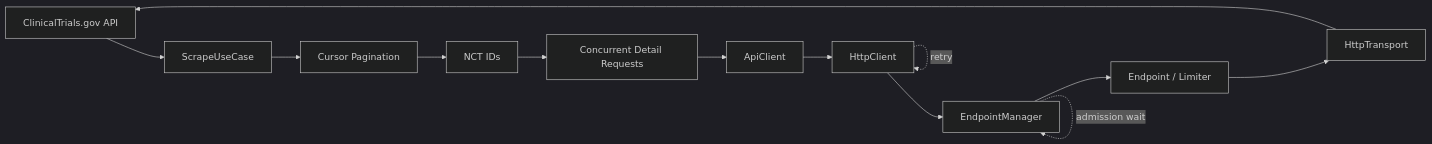
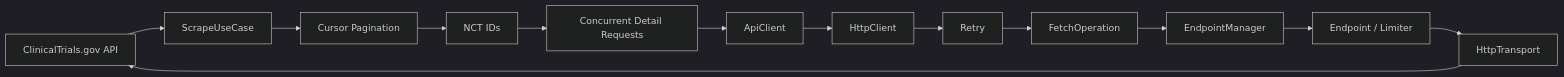
Before and after one commit to Snoke19/ctgov-history-sync: the first of 9 diagrams in README.md, drawn with Mermaid (dark theme). The commit also changed other lines of this file, not shown here.

````diff
--- a/README.md
+++ b/README.md
@@ -11,16 +11,15 @@
 ```mermaid
 flowchart LR
     A[ClinicalTrials.gov API] --> B[ScrapeUseCase]
     B --> C[Cursor Pagination]
     C --> D[NCT IDs]
     D --> E[Concurrent Detail Requests]
     E --> F[ApiClient]
     F --> G[HttpClient]
-    G --> H[EndpointManager]
-    H --> I[Endpoint / Limiter]
-    I --> J[HttpTransport]
-    J --> A
-
-    G -. retry .-> G
-    H -. admission wait .-> H
+    G --> H[Retry]
+    H --> I[FetchOperation]
+    I --> J[EndpointManager]
+    J --> K[Endpoint / Limiter]
+    K --> L[HttpTransport]
+    L --> A
 ```
````
